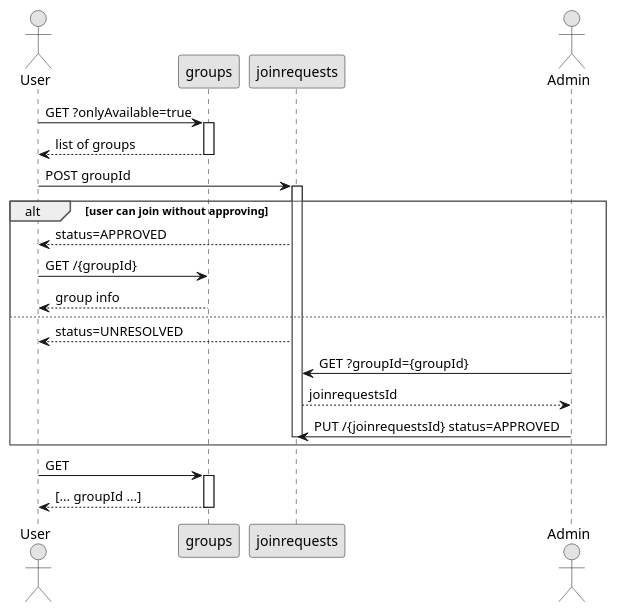
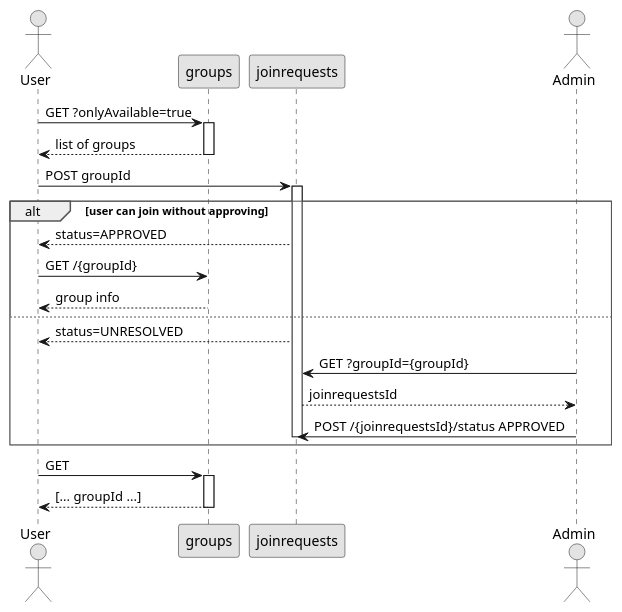
The diagram in docs/dev/invite.puml (leonidv/ideaelection), drawn with PlantUML before and after one commit. The commit also changed 9 other files, not shown here.

```diff
--- a/docs/dev/invite.puml
+++ b/docs/dev/invite.puml
@@ -1,42 +1,42 @@
 @startuml
 
 skinparam monochrome true
 skinparam shadowing false
 
 skinparam Sequence {
     GroupBorderColor #ff0f0f
     GroupShadow false
     GroupBorderThickness 1
     GroupHeaderFontStyle normal
     GroupBodyBackgroundColor white
 }
 
 
 actor User
 User -> "groups" : GET ?onlyAvailable=true
 activate "groups"
 User <-- "groups" : list of groups
 deactivate "groups"
 
 User -> "joinrequests" : POST groupId
 activate "joinrequests"
 
 alt user can join without approving
     User <-- "joinrequests" : status=APPROVED
     User ->  "groups"  : GET /{groupId}
     User <-- "groups" : group info
 else
     User <-- "joinrequests" : status=UNRESOLVED
     actor Admin
     Admin ->  "joinrequests" : GET ?groupId={groupId}
     Admin <-- "joinrequests" : joinrequestsId
-    Admin ->  "joinrequests" : PUT /{joinrequestsId} status=APPROVED
+    Admin ->  "joinrequests" : POST /{joinrequestsId}/status APPROVED
     deactivate "joinrequests"
 end
 
 User -> "groups" : GET
 activate "groups"
 User <-- "groups" : [... groupId ...]
 deactivate "groups"
 
 @enduml
```
